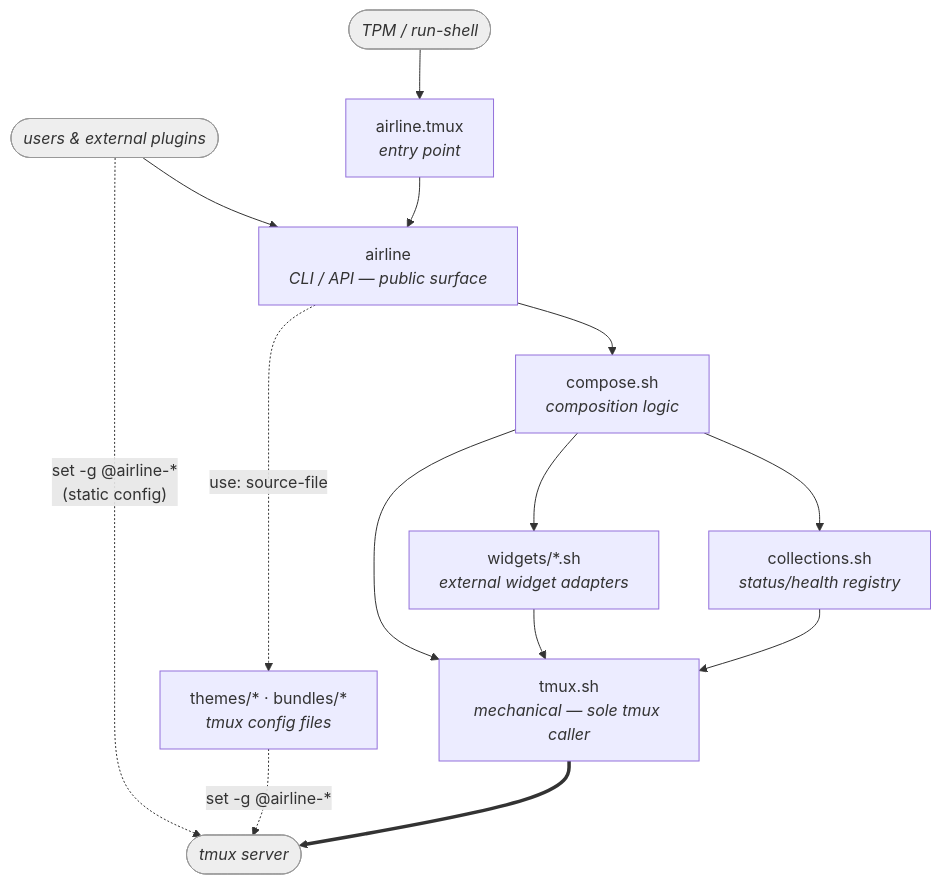
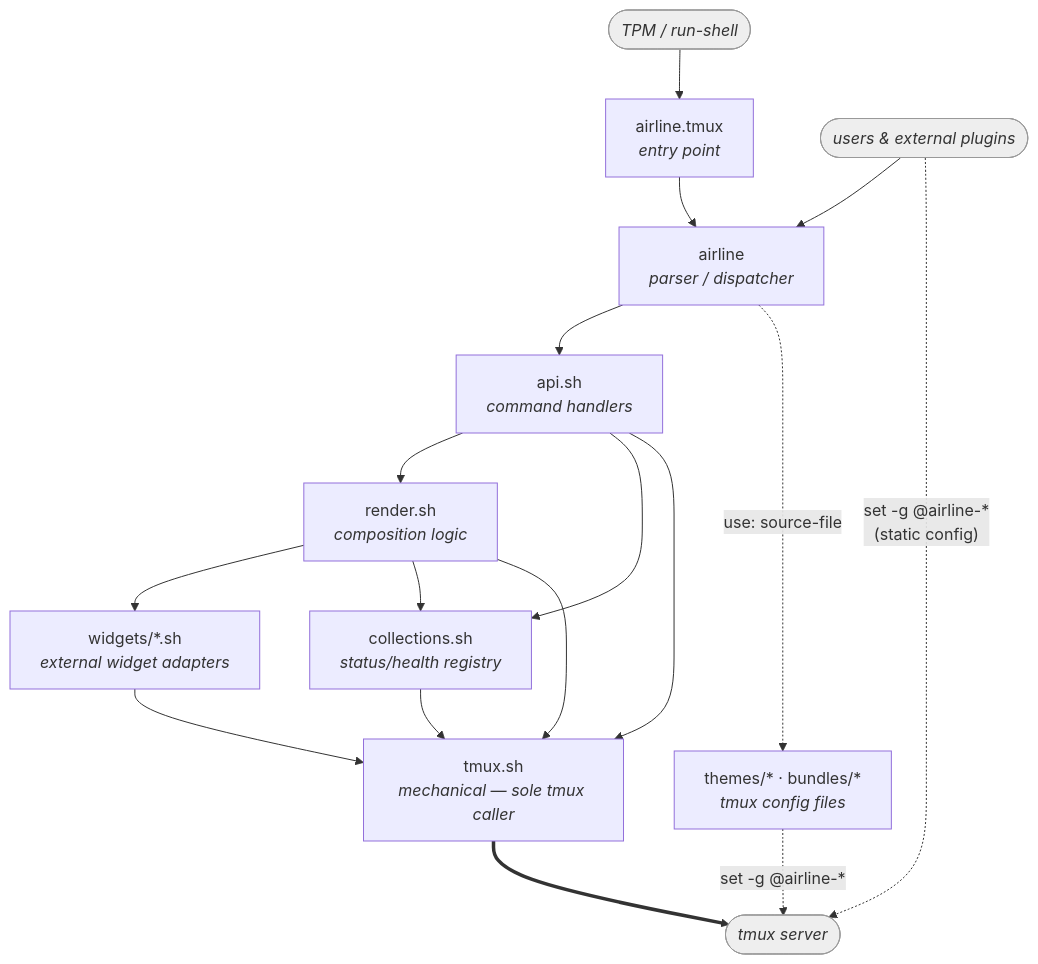
Before and after one commit to andrewjstryker/tmux-airline: the first of 3 diagrams in DESIGN.md, drawn with Mermaid. The commit also changed other lines of this file and 6 other files, not shown here.

````diff
--- a/DESIGN.md
+++ b/DESIGN.md
@@ -88,18 +89,21 @@
 ```mermaid
 graph TD
     TPM([TPM / run-shell]):::ext --> ENTRY["airline.tmux<br/><i>entry point</i>"]
-    EXT([users &amp; external plugins]):::ext --> CLI["airline<br/><i>CLI / API — public surface</i>"]
+    EXT([users &amp; external plugins]):::ext --> CLI["airline<br/><i>parser / dispatcher</i>"]
     ENTRY --> CLI
-    CLI --> LOGIC["compose.sh<br/><i>composition logic</i>"]
+    CLI --> API["api.sh<br/><i>command handlers</i>"]
+    API --> LOGIC["render.sh<br/><i>composition logic</i>"]
+    API --> COLL
     LOGIC --> WIDGETS["widgets/*.sh<br/><i>external widget adapters</i>"]
     LOGIC --> COLL["collections.sh<br/><i>status/health registry</i>"]
     LOGIC --> MECH["tmux.sh<br/><i>mechanical — sole tmux caller</i>"]
+    API --> MECH
     WIDGETS --> MECH
     COLL --> MECH
     EXT -. "set -g @airline-*<br/>(static config)" .-> TMUX
     CLI -. "use: source-file" .-> DATA["themes/* · bundles/*<br/><i>tmux config files</i>"]
     DATA -. "set -g @airline-*" .-> TMUX
     MECH ==> TMUX([tmux server]):::ext
 
     classDef ext fill:#eee,stroke:#999,color:#333,font-style:italic;
 ```
````
